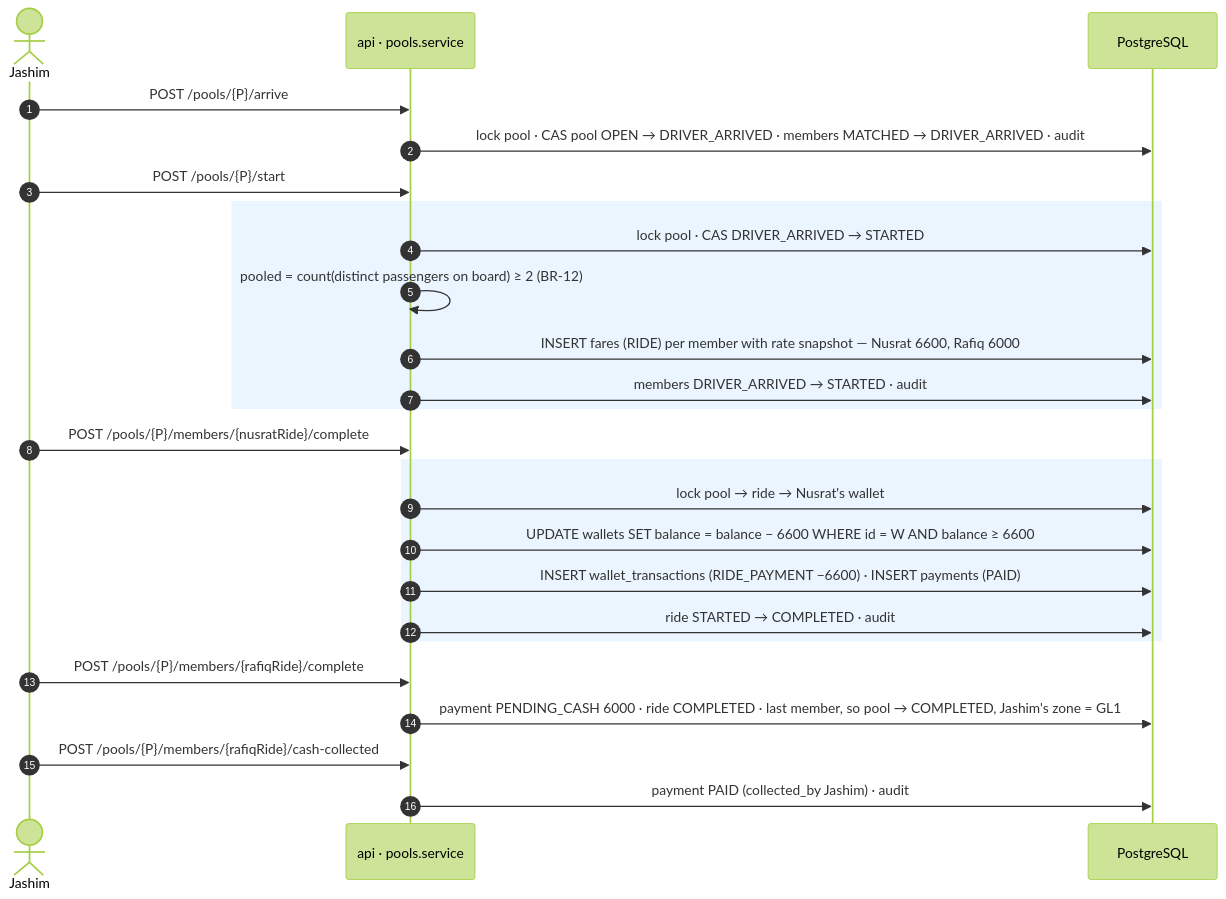
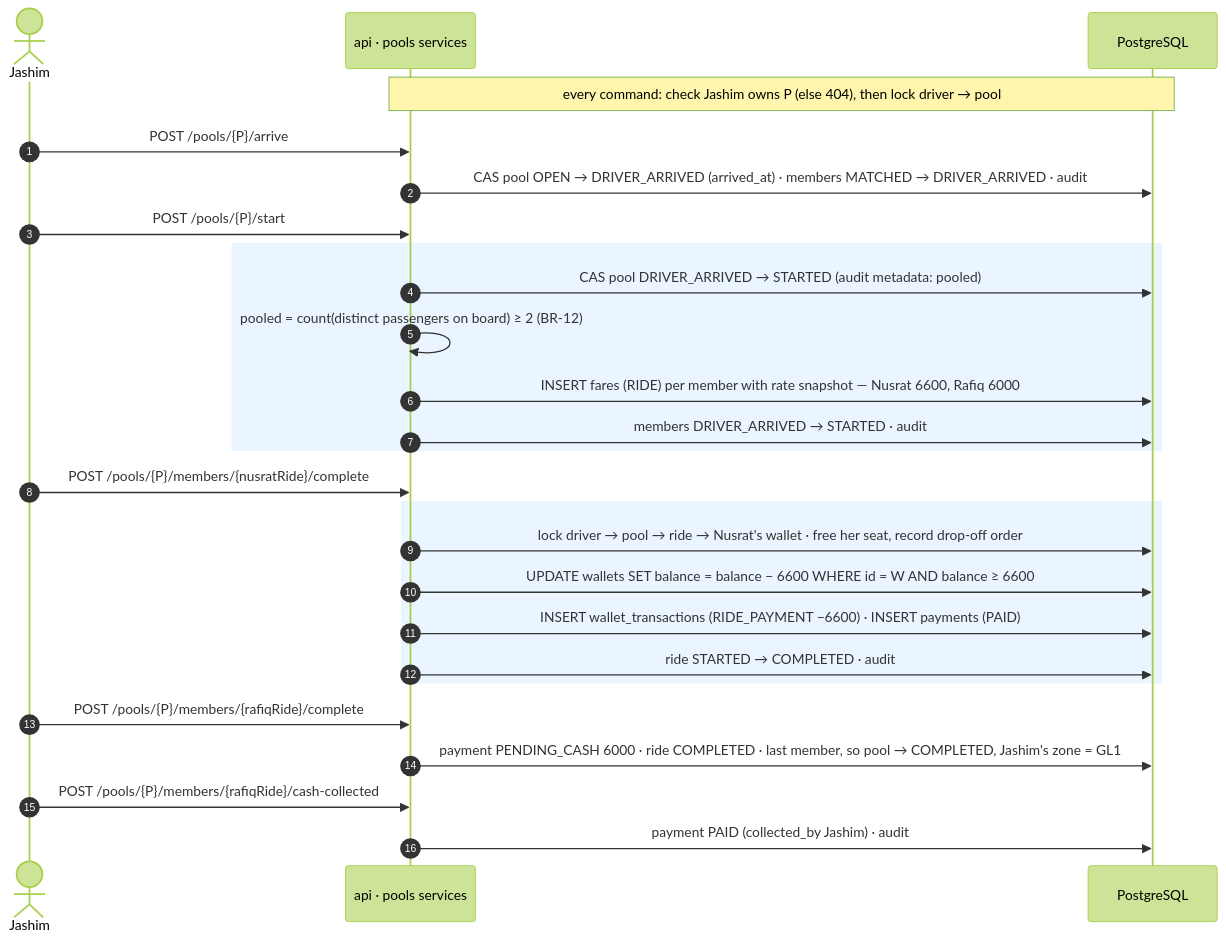
The seventh of 9 diagrams in docs/ARCHITECTURE.md (MahadiAhmed0/DhakaPool---Ride-Pooling-Shared-Fare-Platform), drawn with Mermaid (forest theme) before and after one commit. The commit also changed other lines of this file and 2 other files, not shown here.

First line of the commit message:
docs: sync architecture, conventions and tracker with the driver trip flow

````diff
--- a/docs/ARCHITECTURE.md
+++ b/docs/ARCHITECTURE.md
@@ -253,27 +254,28 @@
 ```mermaid
 sequenceDiagram
     autonumber
     actor J as Jashim
-    participant A as api · pools.service
+    participant A as api · pools services
     participant DB as PostgreSQL
+    note over A,DB: every command: check Jashim owns P (else 404), then lock driver → pool
     J->>A: POST /pools/{P}/arrive
-    A->>DB: lock pool · CAS pool OPEN → DRIVER_ARRIVED · members MATCHED → DRIVER_ARRIVED · audit
+    A->>DB: CAS pool OPEN → DRIVER_ARRIVED (arrived_at) · members MATCHED → DRIVER_ARRIVED · audit
     J->>A: POST /pools/{P}/start
     rect rgb(235, 245, 255)
-    A->>DB: lock pool · CAS DRIVER_ARRIVED → STARTED
+    A->>DB: CAS pool DRIVER_ARRIVED → STARTED (audit metadata: pooled)
     A->>A: pooled = count(distinct passengers on board) ≥ 2 (BR-12)
     A->>DB: INSERT fares (RIDE) per member with rate snapshot — Nusrat 6600, Rafiq 6000
     A->>DB: members DRIVER_ARRIVED → STARTED · audit
     end
     J->>A: POST /pools/{P}/members/{nusratRide}/complete
     rect rgb(235, 245, 255)
-    A->>DB: lock pool → ride → Nusrat's wallet
+    A->>DB: lock driver → pool → ride → Nusrat's wallet · free her seat, record drop-off order
     A->>DB: UPDATE wallets SET balance = balance − 6600 WHERE id = W AND balance ≥ 6600
     A->>DB: INSERT wallet_transactions (RIDE_PAYMENT −6600) · INSERT payments (PAID)
     A->>DB: ride STARTED → COMPLETED · audit
     end
     J->>A: POST /pools/{P}/members/{rafiqRide}/complete
     A->>DB: payment PENDING_CASH 6000 · ride COMPLETED · last member, so pool → COMPLETED, Jashim's zone = GL1
     J->>A: POST /pools/{P}/members/{rafiqRide}/cash-collected
     A->>DB: payment PAID (collected_by Jashim) · audit
 ```
````
